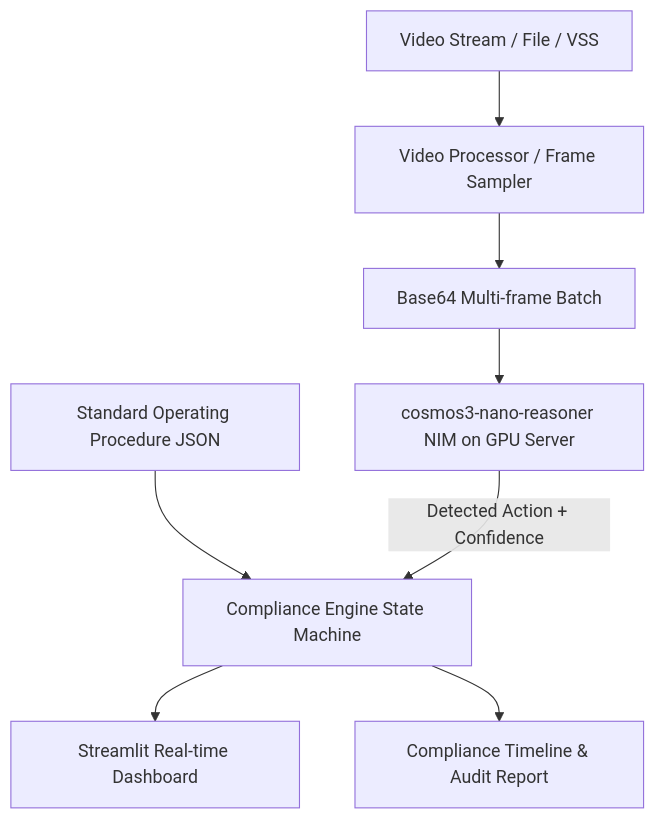
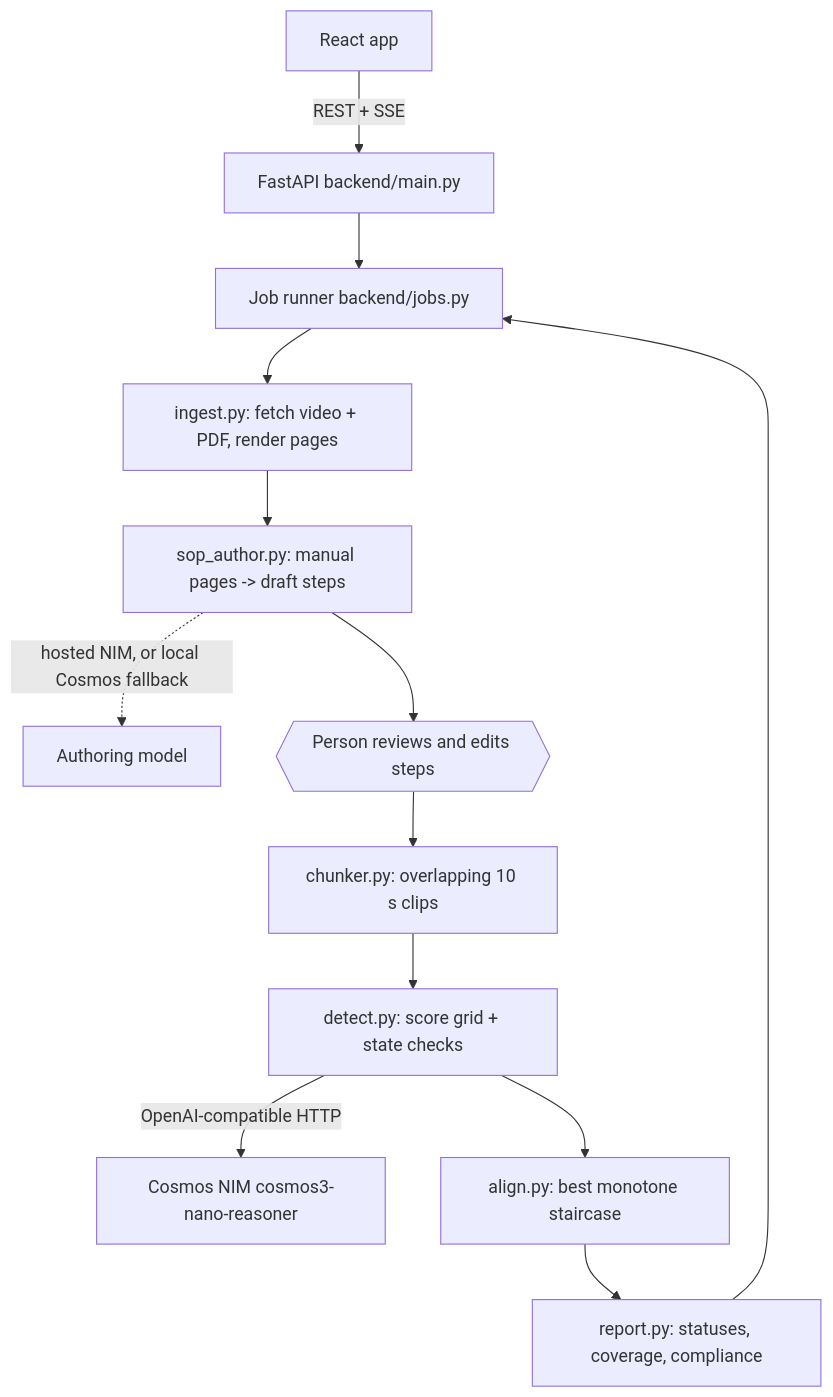
Before and after one commit to Swiss-ai-Weeks/compliance-inspector: the diagram in aidd_docs/memory/architecture.md, drawn with Mermaid. The commit also changed other lines of this file and 46 other files, not shown here.

First line of the commit message:
feat(web-app): add FastAPI + React compliance web app with Docker deploy

````diff
--- a/aidd_docs/memory/architecture.md
+++ b/aidd_docs/memory/architecture.md
@@ -3,10 +7,15 @@
 ```mermaid
 flowchart TD
-  Video[Video Stream / File / VSS] --> VP[Video Processor / Frame Sampler]
-  VP --> B64[Base64 Multi-frame Batch]
-  B64 --> NIM[cosmos3-nano-reasoner NIM on GPU Server]
-  SOP[Standard Operating Procedure JSON] --> CE[Compliance Engine State Machine]
-  NIM -->|Detected Action + Confidence| CE
-  CE --> UI[Streamlit Real-time Dashboard]
-  CE --> Report[Compliance Timeline & Audit Report]
+  UI[React app] -- REST + SSE --> API[FastAPI backend/main.py]
+  API --> Jobs[Job runner backend/jobs.py]
+  Jobs --> Ingest[ingest.py: fetch video + PDF, render pages]
+  Ingest --> Author[sop_author.py: manual pages -> draft steps]
+  Author -. hosted NIM, or local Cosmos fallback .-> AuthorModel[Authoring model]
+  Author --> Review{{Person reviews and edits steps}}
+  Review --> Chunk[chunker.py: overlapping 10 s clips]
+  Chunk --> Detect[detect.py: score grid + state checks]
+  Detect -- OpenAI-compatible HTTP --> NIM[Cosmos NIM cosmos3-nano-reasoner]
+  Detect --> Align[align.py: best monotone staircase]
+  Align --> Report[report.py: statuses, coverage, compliance]
+  Report --> Jobs
 ```
````
